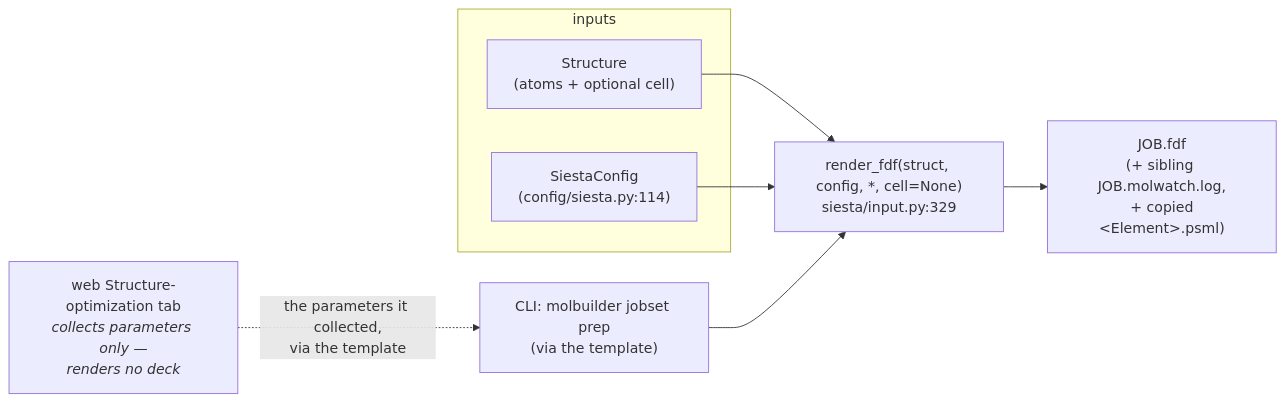
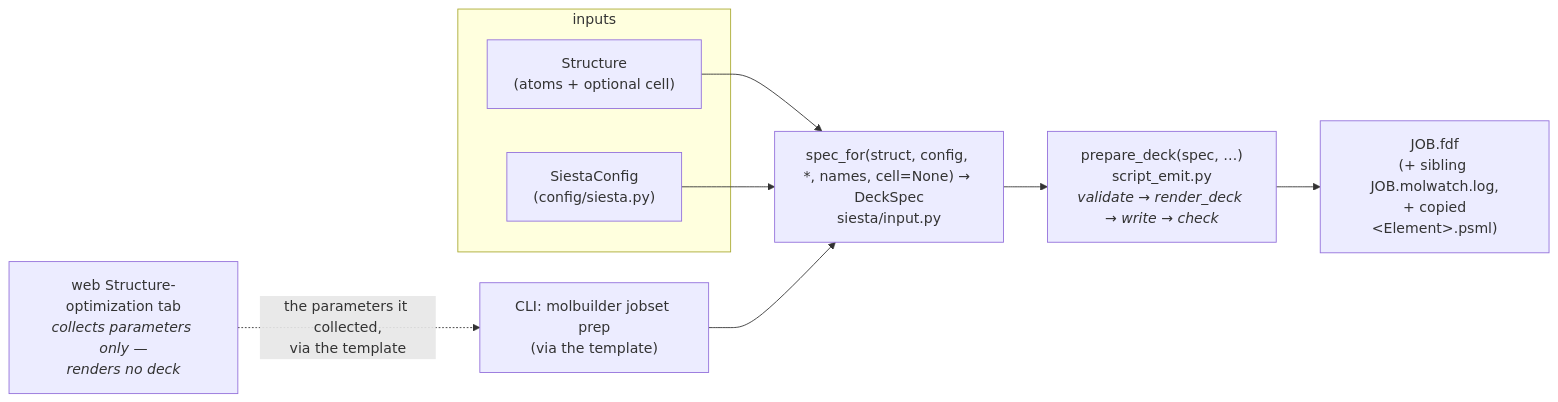
Before and after one commit to Qing-LAB/molbuilder: the first of 3 diagrams in docs/engines/siesta.md, drawn with Mermaid. The commit also changed other lines of this file and 745 other files, not shown here.

````diff
--- a/docs/engines/siesta.md
+++ b/docs/engines/siesta.md
@@ -43,16 +46,17 @@
 ```mermaid
 flowchart LR
     subgraph IN["inputs"]
         S["Structure<br/>(atoms + optional cell)"]
-        C["SiestaConfig<br/>(config/siesta.py:114)"]
+        C["SiestaConfig<br/>(config/siesta.py)"]
     end
     CLI["CLI: molbuilder jobset prep<br/>(via the template)"]
     WEB["web Structure-optimization tab<br/><i>collects parameters only —<br/>renders no deck</i>"]
-    R["render_fdf(struct, config, *, cell=None)<br/>siesta/input.py:329"]
+    R["spec_for(struct, config, *, names, cell=None) → DeckSpec<br/>siesta/input.py"]
+    P["prepare_deck(spec, …)<br/>script_emit.py<br/><i>validate → render_deck → write → check</i>"]
     OUT["JOB.fdf<br/>(+ sibling JOB.molwatch.log,<br/> + copied &lt;Element&gt;.psml)"]
     S --> R
     C --> R
     CLI --> R
     WEB -.->|"the parameters it collected,<br/>via the template"| CLI
-    R --> OUT
+    R --> P --> OUT
 ```
````
